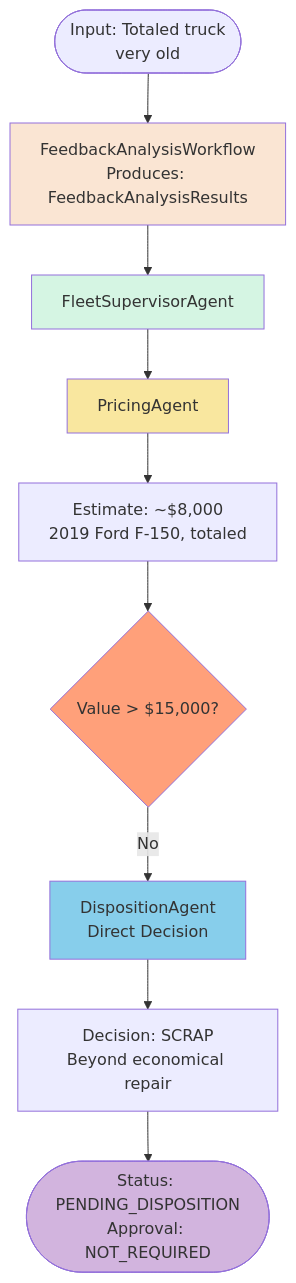
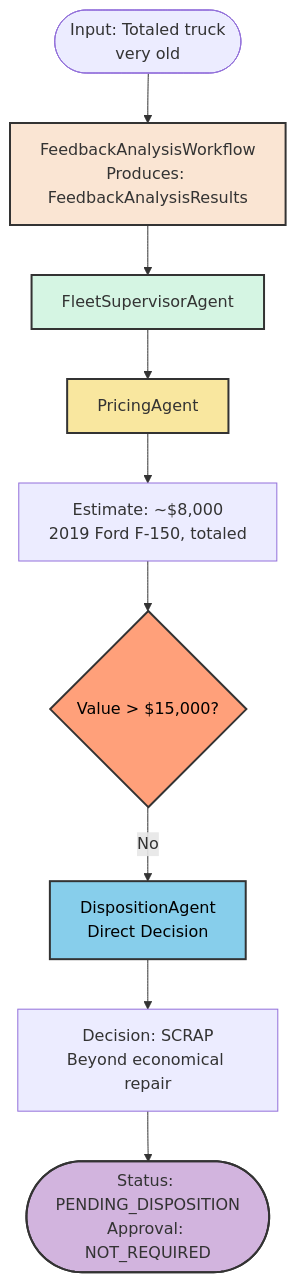
The fifth of 6 diagrams in docs/docs/section-2/step-05.md (quarkusio/quarkus-workshop-langchain4j), drawn with Mermaid before and after one commit. The commit also changed other lines of this file and 6 other files, not shown here.

Commit message:
update docs for better flow, and fix diagrams (#301)

````diff
--- a/docs/docs/section-2/step-05.md
+++ b/docs/docs/section-2/step-05.md
@@ -457,23 +401,23 @@
 ```mermaid
 flowchart TD
-    Start([Input: Totaled truck<br/>very old])
+    Start(["Input: Totaled truck<br/>very old"])
 
-    Start --> FW[FeedbackAnalysisWorkflow<br/>Produces: FeedbackAnalysisResults]
+    Start --> FW["FeedbackAnalysisWorkflow<br/>Produces: FeedbackAnalysisResults"]
 
-    FW --> FSA[FleetSupervisorAgent]
-    FSA --> PA[PricingAgent]
-    PA --> Value[Estimate: ~$8,000<br/>2019 Ford F-150, totaled]
+    FW --> FSA["FleetSupervisorAgent"]
+    FSA --> PA["PricingAgent"]
+    PA --> Value["Estimate: ~$8,000<br/>2019 Ford F-150, totaled"]
 
-    Value --> Check{Value > $15,000?}
-    Check -->|No| Direct[DispositionAgent<br/>Direct Decision]
-    Direct --> Decision[Decision: SCRAP<br/>Beyond economical repair]
+    Value --> Check{"Value > $15,000?"}
+    Check -->|No| Direct["DispositionAgent<br/>Direct Decision"]
+    Direct --> Decision["Decision: SCRAP<br/>Beyond economical repair"]
 
-    Decision --> Result([Status: PENDING_DISPOSITION<br/>Approval: NOT_REQUIRED])
+    Decision --> Result(["Status: PENDING_DISPOSITION<br/>Approval: NOT_REQUIRED"])
 
-    style FW fill:#FAE5D3
-    style FSA fill:#D5F5E3
-    style PA fill:#F9E79F
-    style Direct fill:#87CEEB
-    style Check fill:#FFA07A
-    style Result fill:#D2B4DE
+    style FW fill:#FAE5D3,stroke:#333,stroke-width:2,color:#333
+    style FSA fill:#D5F5E3,stroke:#333,stroke-width:2,color:#333
+    style PA fill:#F9E79F,stroke:#333,stroke-width:2,color:#333
+    style Direct fill:#87CEEB,stroke:#333,stroke-width:2,color:#000
+    style Check fill:#FFA07A,stroke:#333,stroke-width:2,color:#000
+    style Result fill:#D2B4DE,stroke:#333,stroke-width:2,color:#333
 ```
````
